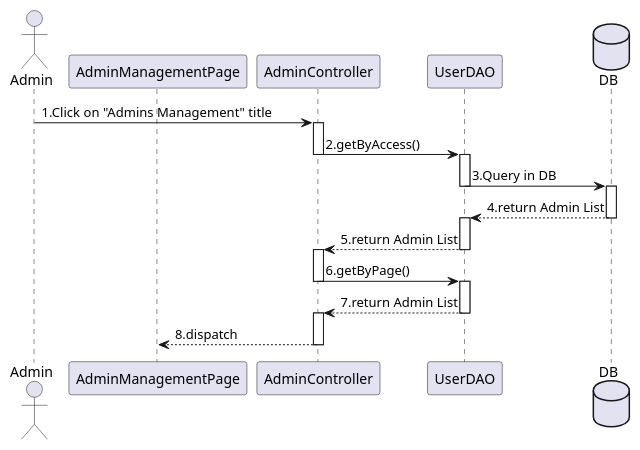
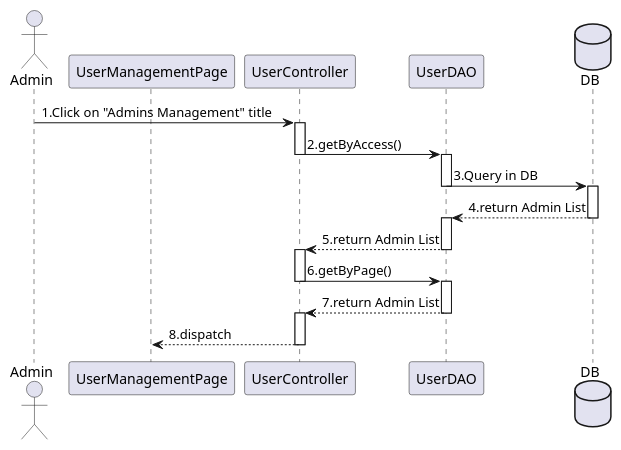
Before and after one commit to baspdd/desktop-tutorial: the diagram in SQ/Umana.puml, drawn with PlantUML. The commit also changed 6 other files, not shown here.

```diff
--- a/SQ/Umana.puml
+++ b/SQ/Umana.puml
@@ -1,18 +1,18 @@
 @startuml
 
 actor       Admin
-participant AdminManagementPage
-participant AdminController
+participant UserManagementPage
+participant UserController
 participant UserDAO
 database DB
 
-Admin -> AdminController  --++: 1.Click on "Admins Management" title
-AdminController -> UserDAO --++: 2.getByAccess()
+Admin -> UserController  --++: 1.Click on "Admins Management" title
+UserController -> UserDAO --++: 2.getByAccess()
 UserDAO -> DB --++ : 3.Query in DB
 DB --> UserDAO --++: 4.return Admin List
-UserDAO --> AdminController --++: 5.return Admin List
-AdminController -> UserDAO --++: 6.getByPage()
-UserDAO --> AdminController --++: 7.return Admin List
-AdminController --> AdminManagementPage --: 8.dispatch
+UserDAO --> UserController --++: 5.return Admin List
+UserController -> UserDAO --++: 6.getByPage()
+UserDAO --> UserController --++: 7.return Admin List
+UserController --> UserManagementPage --: 8.dispatch
 
 @enduml
```
